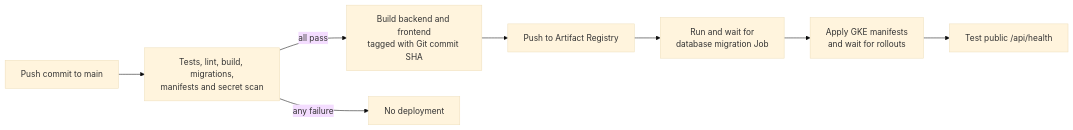
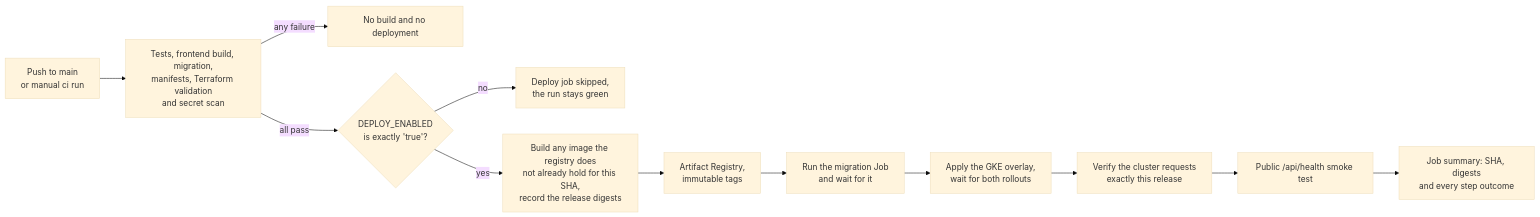
One commit to Gaurang140/agentcare changed the first of 2 diagrams in docs/ci-cd.md. Above: the diagram before and after it, drawn with Mermaid (base theme). The commit also changed other lines of this file and 14 other files, not shown here.

First line of the commit message:
harden ci/cd: infrastructure workflow, immutable tags, operator makefile

````diff
--- a/docs/ci-cd.md
+++ b/docs/ci-cd.md
@@ -8,10 +20,14 @@
 ```mermaid
 flowchart LR
-    PUSH["Push commit to main"] --> CI["Tests, lint, build, migrations,<br/>manifests and secret scan"]
-    CI -->|"all pass"| BUILD["Build backend and frontend<br/>tagged with Git commit SHA"]
-    BUILD --> GAR["Push to Artifact Registry"]
-    GAR --> MIGRATE["Run and wait for<br/>database migration Job"]
-    MIGRATE --> GKE["Apply GKE manifests<br/>and wait for rollouts"]
-    GKE --> HEALTH["Test public /api/health"]
-    CI -->|"any failure"| STOP["No deployment"]
+    PUSH["Push to main<br/>or manual ci run"] --> CI["Tests, frontend build, migration,<br/>manifests, Terraform validation<br/>and secret scan"]
+    CI -->|"any failure"| STOP["No build and no deployment"]
+    CI -->|"all pass"| GATE{"DEPLOY_ENABLED<br/>is exactly 'true'?"}
+    GATE -->|"no"| SKIP["Deploy job skipped,<br/>the run stays green"]
+    GATE -->|"yes"| BUILD["Build any image the registry does<br/>not already hold for this SHA,<br/>record the release digests"]
+    BUILD --> GAR["Artifact Registry,<br/>immutable tags"]
+    GAR --> MIGRATE["Run the migration Job<br/>and wait for it"]
+    MIGRATE --> ROLL["Apply the GKE overlay,<br/>wait for both rollouts"]
+    ROLL --> VERIFY["Verify the cluster requests<br/>exactly this release"]
+    VERIFY --> HEALTH["Public /api/health smoke test"]
+    HEALTH --> SUM["Job summary: SHA, digests<br/>and every step outcome"]
 ```
````
